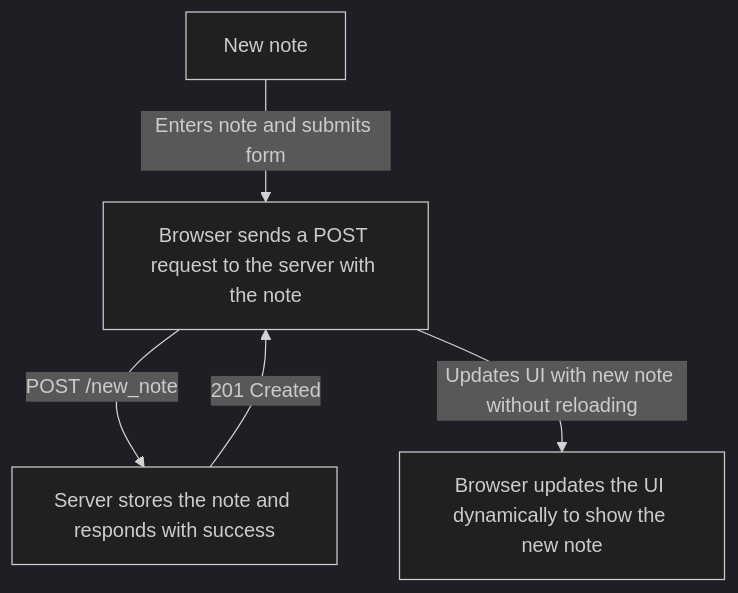
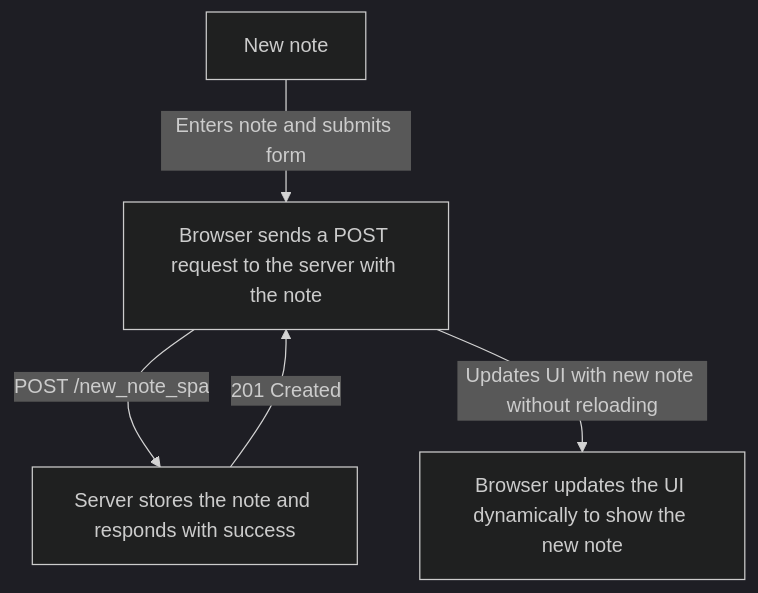
One commit to LucianoMaciel10/Full-stack-open-exercises-0.4-0.6 changed the diagram in 0.6.mmd. Above: the diagram before and after it, drawn with Mermaid (dark theme).

Commit message:
Update exercise 0.6

```diff
--- a/0.6.mmd
+++ b/0.6.mmd
@@ -1,10 +1,10 @@
 graph TD
     User[New note]
     Browser[Browser sends a POST request to the server with the note]
     Server[Server stores the note and responds with success]
     BrowserUpdate[Browser updates the UI dynamically to show the new note]
 
     User -->|Enters note and submits form| Browser
-    Browser -->|POST /new_note| Server
+    Browser -->|POST /new_note_spa| Server
     Server -->|201 Created| Browser
     Browser -->|Updates UI with new note without reloading| BrowserUpdate
```
